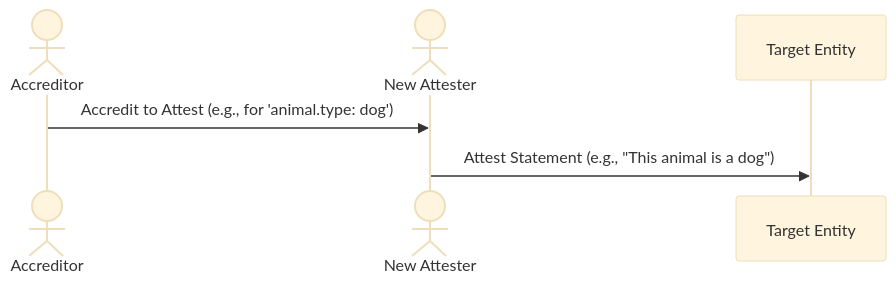
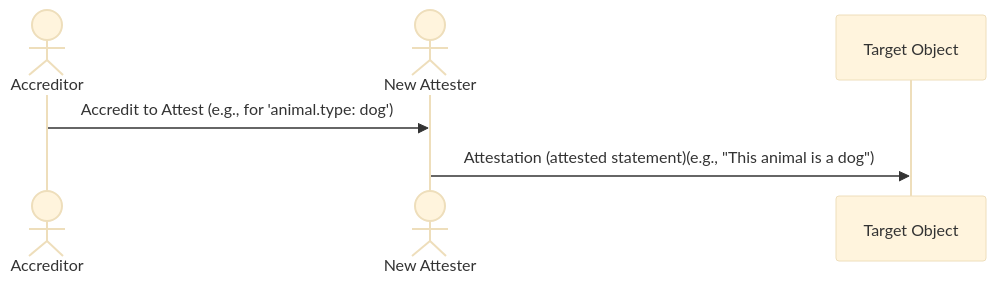
Before and after one commit to iotaledger/iota: the first of 3 diagrams in docs/content/developer/iota-hierarchies/explanations/accreditation.mdx, drawn with Mermaid (base theme). The commit also changed other lines of this file and 6 other files, not shown here.

````diff
--- a/docs/content/developer/iota-hierarchies/explanations/accreditation.mdx
+++ b/docs/content/developer/iota-hierarchies/explanations/accreditation.mdx
@@ -26,8 +26,8 @@
 ```mermaid
 sequenceDiagram
     actor Accreditor as Accreditor
     actor Attester as  New Attester
-    participant Target as Target Entity
+    participant Target as Target Object
     Accreditor->>Attester: Accredit to Attest (e.g., for 'animal.type: dog')
-    Attester->>Target: Attest Statement (e.g., "This animal is a dog")
+    Attester->>Target: Attestation (attested statement)(e.g., "This animal is a dog")
 ```
````
